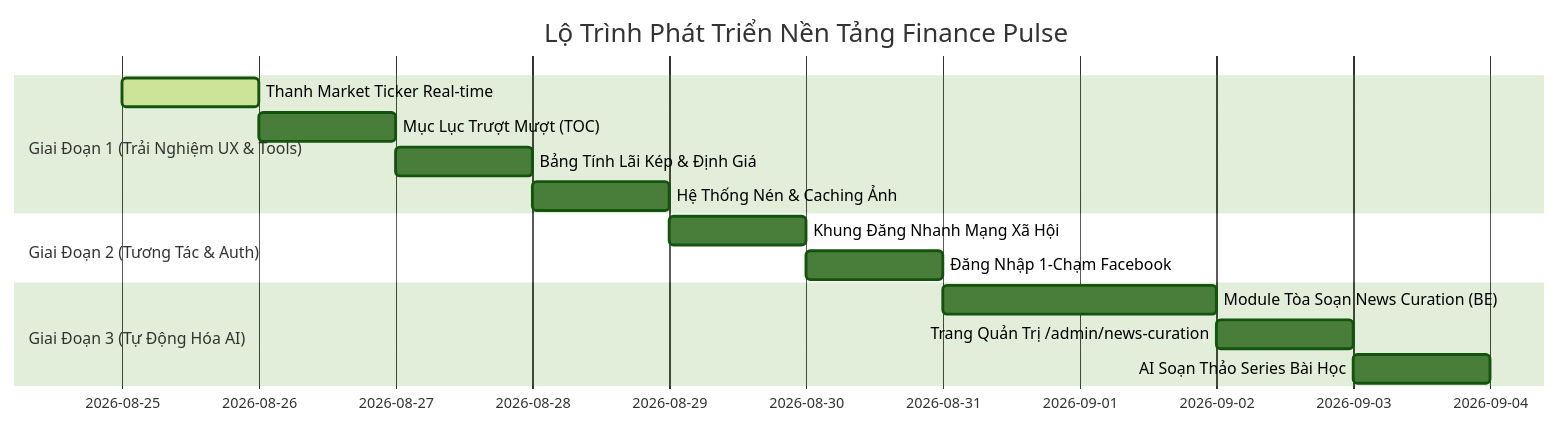
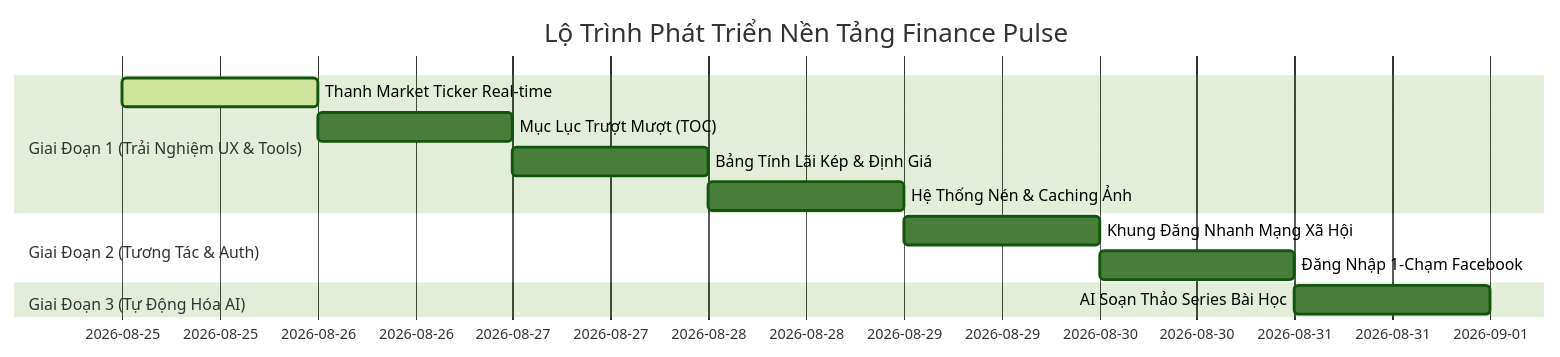
Before and after one commit to hoangdev8653/finance-community: the diagram in ROADMAP_CHUC_NANG_BO_SUNG.md, drawn with Mermaid (forest theme). The commit also changed other lines of this file and 31 other files, not shown here.

````diff
--- a/ROADMAP_CHUC_NANG_BO_SUNG.md
+++ b/ROADMAP_CHUC_NANG_BO_SUNG.md
@@ -122,17 +110,15 @@
 ```mermaid
 gantt
     title Lộ Trình Phát Triển Nền Tảng Finance Pulse
     dateFormat  YYYY-MM-DD
     section Giai Đoạn 1 (Trải Nghiệm UX & Tools)
     Thanh Market Ticker Real-time       :active, p1, 2026-08-25, 1d
     Mục Lục Trượt Mượt (TOC)            :p2, after p1, 1d
     Bảng Tính Lãi Kép & Định Giá        :p3, after p2, 1d
     Hệ Thống Nén & Caching Ảnh          :p4, after p3, 1d
     section Giai Đoạn 2 (Tương Tác & Auth)
     Khung Đăng Nhanh Mạng Xã Hội        :p5, after p4, 1d
     Đăng Nhập 1-Chạm Facebook           :p6, after p5, 1d
     section Giai Đoạn 3 (Tự Động Hóa AI)
-    Module Tòa Soạn News Curation (BE)  :p7, after p6, 2d
-    Trang Quản Trị /admin/news-curation :p8, after p7, 1d
-    AI Soạn Thảo Series Bài Học         :p9, after p8, 1d
+    AI Soạn Thảo Series Bài Học         :p7, after p6, 1d
 ```
````
